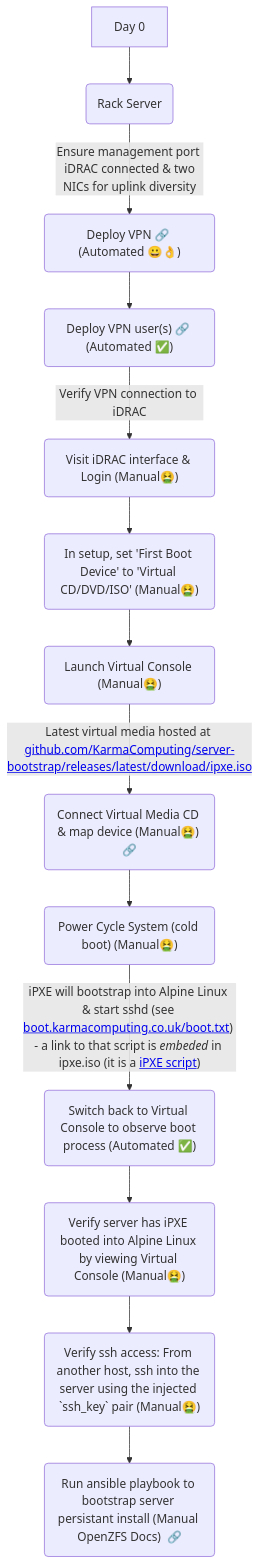
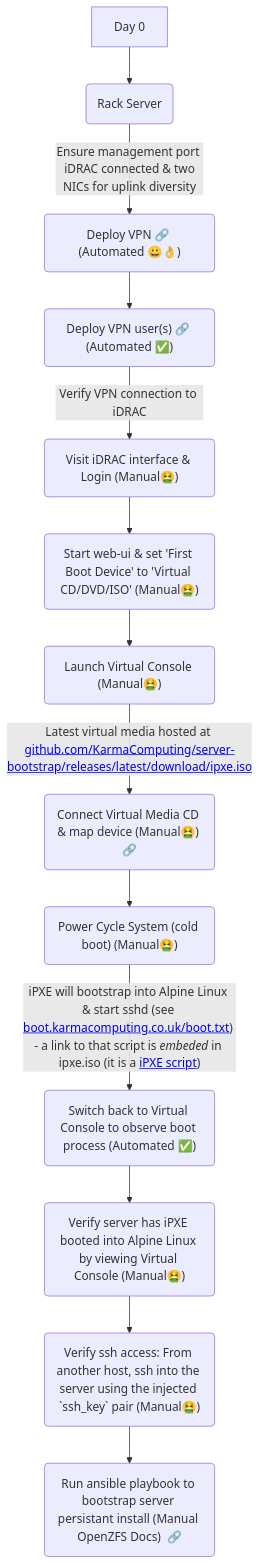
The diagram in README.md (KarmaComputing/server-bootstrap), drawn with Mermaid before and after one commit.

Commit message:
Update README.md mermaid web-ui

````diff
--- a/README.md
+++ b/README.md
@@ -10,22 +10,21 @@
 ```mermaid
-
 
 flowchart TD
     A[Day 0] --> B(Rack Server)
     B --> |Ensure management port  iDRAC connected & two NICs for uplink diversity| C("Deploy VPN 🔗 (Automated 😀👌)")
     C --> D("Deploy VPN user(s) 🔗 (Automated ✅)")
     D --> | Verify VPN connection to iDRAC| E("Visit iDRAC interface & Login (Manual🤮)")
     click C href "https://github.com/KarmaComputing/server-bootstrap/blob/main/vpn-client/README.md" "Deploy VPN Docs"
     click D href "https://github.com/KarmaComputing/server-bootstrap/blob/main/vpn-client/README.md" "Deploy VPN Docs"
-    E --> F("In setup, set 'First Boot Device' to 'Virtual CD/DVD/ISO' (Manual🤮)")
+    E --> F("Start web-ui & set 'First Boot Device' to 'Virtual CD/DVD/ISO' (Manual🤮)")
+    click F href "https://github.com/KarmaComputing/server-bootstrap/tree/main/src/web-ui" "Start web-ui Docs"
     F --> G("Launch Virtual Console (Manual🤮)")
     G --> |"Latest virtual media hosted at <a href='https://github.com/KarmaComputing/server-bootstrap/releases/latest/download/ipxe.iso'>github.com/KarmaComputing/server-bootstrap/releases/latest/download/ipxe.iso</a>"| H("Connect Virtual Media CD & map device (Manual🤮) 🔗")
     click H href "https://github.com/KarmaComputing/server-bootstrap/releases/latest/download/ipxe.iso" "Deploy VPN Docs"
     H --> I("Power Cycle System (cold boot) (Manual🤮)")
     I --> |"iPXE will bootstrap into Alpine Linux & start sshd (see <a href='https://boot.karmacomputing.co.uk/boot.txt'>boot.karmacomputing.co.uk/boot.txt</a>) - a link to that script is <em>embeded</em> in ipxe.iso (it is a <a href='https://ipxe.org/scripting'>iPXE script</a>) "| J("Switch back to Virtual Console to observe boot process (Automated ✅)")
     J --> K("Verify server has iPXE booted into Alpine Linux by viewing Virtual Console (Manual🤮)")
     K --> L("Verify ssh access: From another host, ssh into the server using the injected `ssh_key` pair (Manual🤮)")
     L --> M("Run ansible playbook to bootstrap server persistant install (Manual OpenZFS Docs)  🔗")
    click M href "https://openzfs.github.io/openzfs-docs/Getting%20Started/Fedora/Root%20on%20ZFS.html" "Install ZFS root Fedora"
-
 ```
````
